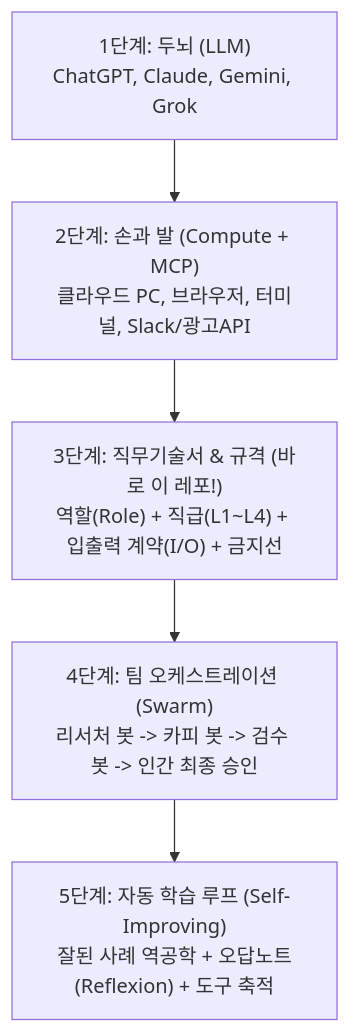
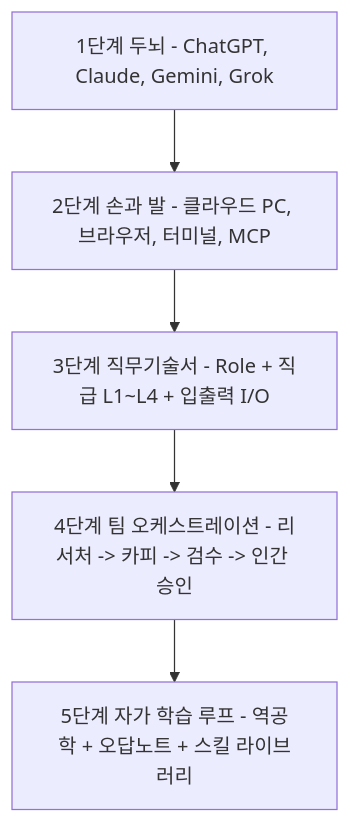
The first of 2 diagrams in STUDY_CURRICULUM.md (workzeroai/agent-job-descriptions), drawn with Mermaid before and after one commit. The commit also changed other lines of this file and 21 other files, not shown here.

````diff
--- a/STUDY_CURRICULUM.md
+++ b/STUDY_CURRICULUM.md
@@ -17,7 +17,7 @@
 ```mermaid
 flowchart TD
-    BRAIN["1단계: 두뇌 (LLM)<br/>ChatGPT, Claude, Gemini, Grok"] --> HANDS["2단계: 손과 발 (Compute + MCP)<br/>클라우드 PC, 브라우저, 터미널, Slack/광고API"]
-    HANDS --> JD["3단계: 직무기술서 & 규격 (바로 이 레포!)<br/>역할(Role) + 직급(L1~L4) + 입출력 계약(I/O) + 금지선"]
-    JD --> TEAM["4단계: 팀 오케스트레이션 (Swarm)<br/>리서처 봇 -> 카피 봇 -> 검수 봇 -> 인간 최종 승인"]
-    TEAM --> LOOP["5단계: 자동 학습 루프 (Self-Improving)<br/>잘된 사례 역공학 + 오답노트(Reflexion) + 도구 축적"]
+    BRAIN["1단계 두뇌 - ChatGPT, Claude, Gemini, Grok"] --> HANDS["2단계 손과 발 - 클라우드 PC, 브라우저, 터미널, MCP"]
+    HANDS --> JD["3단계 직무기술서 - Role + 직급 L1~L4 + 입출력 I/O"]
+    JD --> TEAM["4단계 팀 오케스트레이션 - 리서처 -> 카피 -> 검수 -> 인간 승인"]
+    TEAM --> LOOP["5단계 자가 학습 루프 - 역공학 + 오답노트 + 스킬 라이브러리"]
 ```
````
